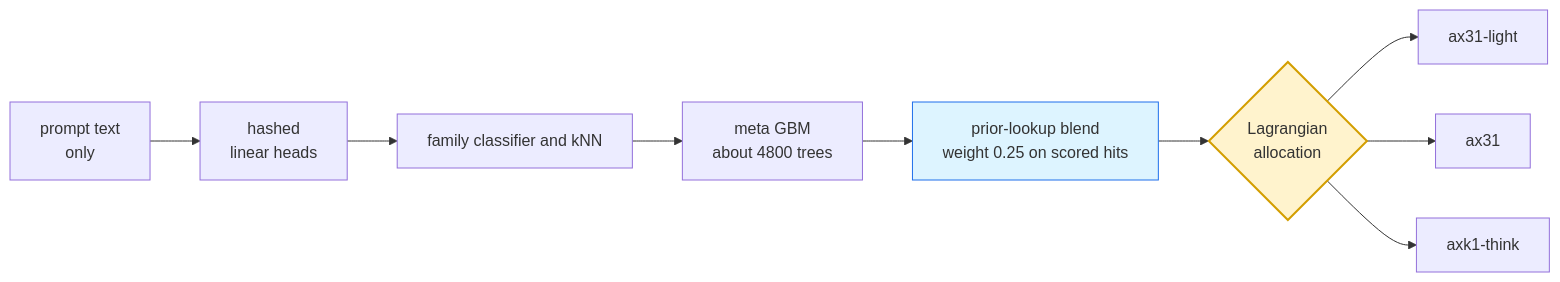
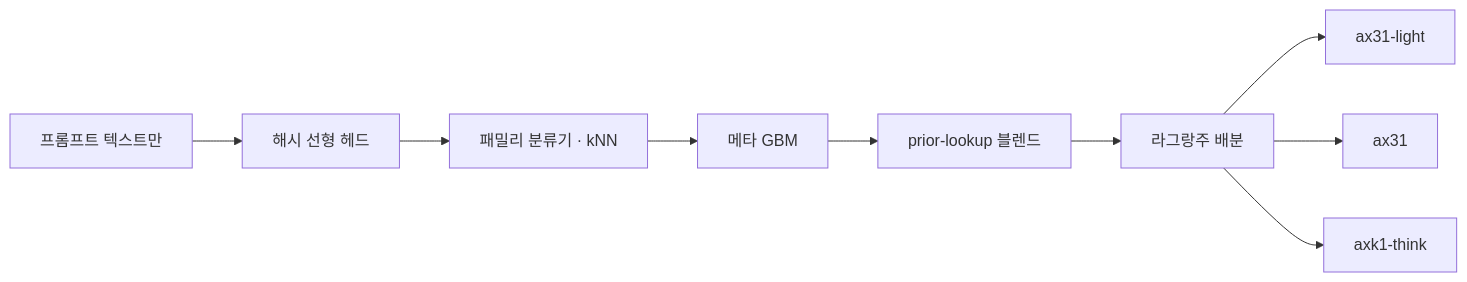
The diagram in README.md (koreamax/SKTLLMROUTER0.710), drawn with Mermaid before and after one commit.

Commit message:
docs: 머메이드 노드 id 를 여러 글자로 바꾸고 style 을 뺀다
한 글자 id 와 style 지시문을 쓴 앞 버전은 GitHub 에서 is-render-requested
상태로 멈춘 채 끝내 그려지지 않았다. 같은 시각 다른 저장소의 다이어그램은
정상이라 GitHub 쪽 장애가 아니다. 라벨도 한국어로 옮긴다.

````diff
--- a/README.md
+++ b/README.md
@@ -108,15 +108,11 @@
 ```mermaid
 flowchart LR
-    P["prompt text<br/>only"] --> H["hashed<br/>linear heads"]
-    H --> F["family classifier and kNN"]
-    F --> G["meta GBM<br/>about 4800 trees"]
-    G --> B["prior-lookup blend<br/>weight 0.25 on scored hits"]
-    B --> A{"Lagrangian<br/>allocation"}
-
-    A --> L["ax31-light"]
-    A --> M["ax31"]
-    A --> K["axk1-think"]
-
-    style A fill:#fff3cd,stroke:#d39e00,stroke-width:2px
-    style B fill:#ddf4ff,stroke:#1f6feb
+    prompt["프롬프트 텍스트만"] --> heads["해시 선형 헤드"]
+    heads --> fam["패밀리 분류기 · kNN"]
+    fam --> gbm["메타 GBM"]
+    gbm --> blend["prior-lookup 블렌드"]
+    blend --> alloc["라그랑주 배분"]
+    alloc --> light["ax31-light"]
+    alloc --> mid["ax31"]
+    alloc --> think["axk1-think"]
 ```
````
